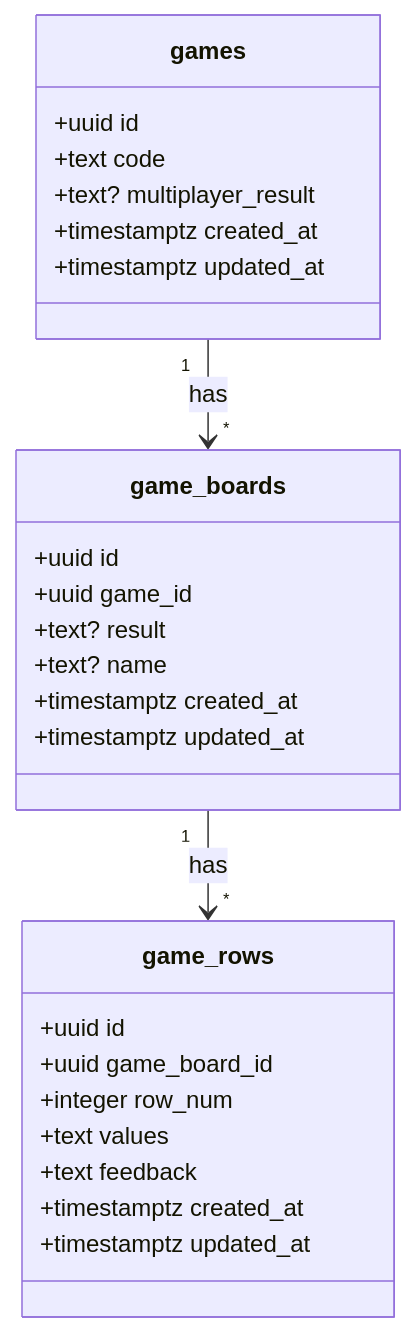
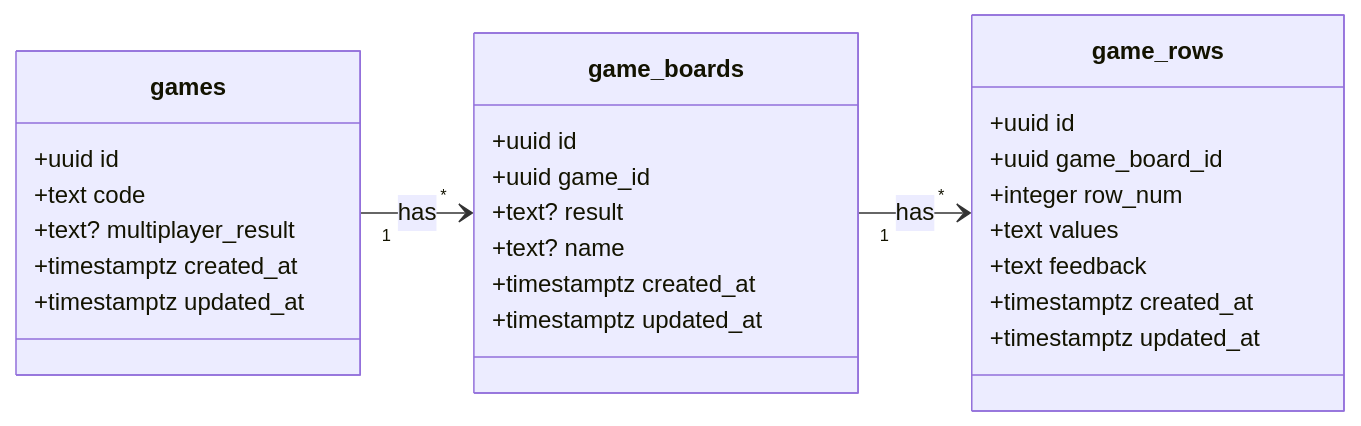
The second of 2 diagrams in README.md (allangelman/mastermind), drawn with Mermaid before and after one commit.

Commit message:
diagram direction

````diff
--- a/README.md
+++ b/README.md
@@ -79,33 +79,34 @@
 ```mermaid
 classDiagram
+direction LR
 games "1" --> "*" game_boards : has
 game_boards "1" --> "*" game_rows : has
 
     class games {
         +uuid id
         +text code
         +text? multiplayer_result
         +timestamptz created_at
     	+timestamptz updated_at
     }
 
     class game_boards {
     	+uuid id
         +uuid game_id
     	+text? result
     	+text? name
         +timestamptz created_at
     	+timestamptz updated_at
     }
 
     class game_rows {
     	+uuid id
         +uuid game_board_id
         +integer row_num
     	+text values
     	+text feedback
         +timestamptz created_at
     	+timestamptz updated_at
 
     }
 ```
````
